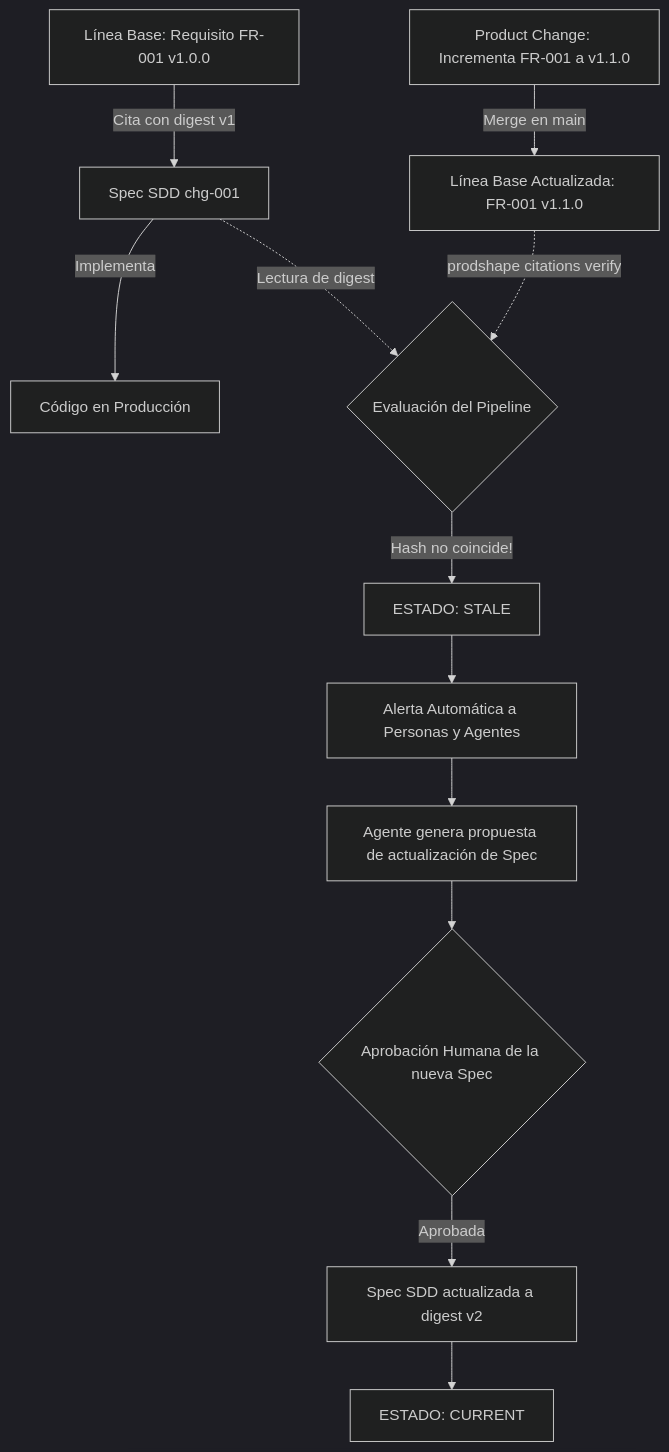
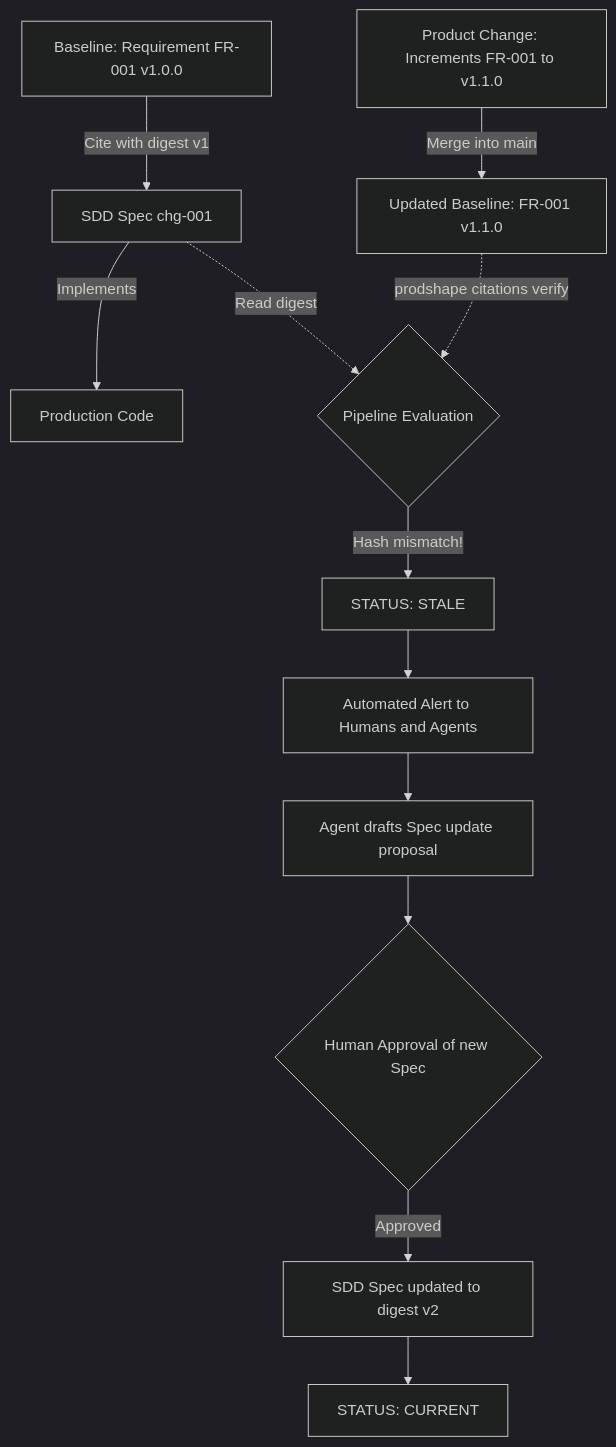
The diagram in process/08_citation_contract_and_drift.md (altromon/AI-SDLC), drawn with Mermaid (dark theme) before and after one commit. The commit also changed other lines of this file and 125 other files, not shown here.

````diff
--- a/process/08_citation_contract_and_drift.md
+++ b/process/08_citation_contract_and_drift.md
@@ -111,17 +111,17 @@
 ```mermaid
 flowchart TD
-    A[Línea Base: Requisito FR-001 v1.0.0] -->|Cita con digest v1| B[Spec SDD chg-001]
-    B -->|Implementa| C[Código en Producción]
+    A["Baseline: Requirement FR-001 v1.0.0"] -->|"Cite with digest v1"| B["SDD Spec chg-001"]
+    B -->|"Implements"| C["Production Code"]
 
-    D[Product Change: Incrementa FR-001 a v1.1.0] -->|Merge en main| E[Línea Base Actualizada: FR-001 v1.1.0]
+    D["Product Change: Increments FR-001 to v1.1.0"] -->|"Merge into main"| E["Updated Baseline: FR-001 v1.1.0"]
 
-    E -.->|prodshape citations verify| F{Evaluación del Pipeline}
-    B -.->|Lectura de digest| F
+    E -.->|"prodshape citations verify"| F{"Pipeline Evaluation"}
+    B -.->|"Read digest"| F
 
-    F -->|Hash no coincide!| G[ESTADO: STALE]
-    G --> H[Alerta Automática a Personas y Agentes]
-    H --> I[Agente genera propuesta de actualización de Spec]
-    I --> J{Aprobación Humana de la nueva Spec}
-    J -->|Aprobada| K[Spec SDD actualizada a digest v2]
-    K --> L[ESTADO: CURRENT]
+    F -->|"Hash mismatch!"| G["STATUS: STALE"]
+    G --> H["Automated Alert to Humans and Agents"]
+    H --> I["Agent drafts Spec update proposal"]
+    I --> J{"Human Approval of new Spec"}
+    J -->|"Approved"| K["SDD Spec updated to digest v2"]
+    K --> L["STATUS: CURRENT"]
 ```
````
